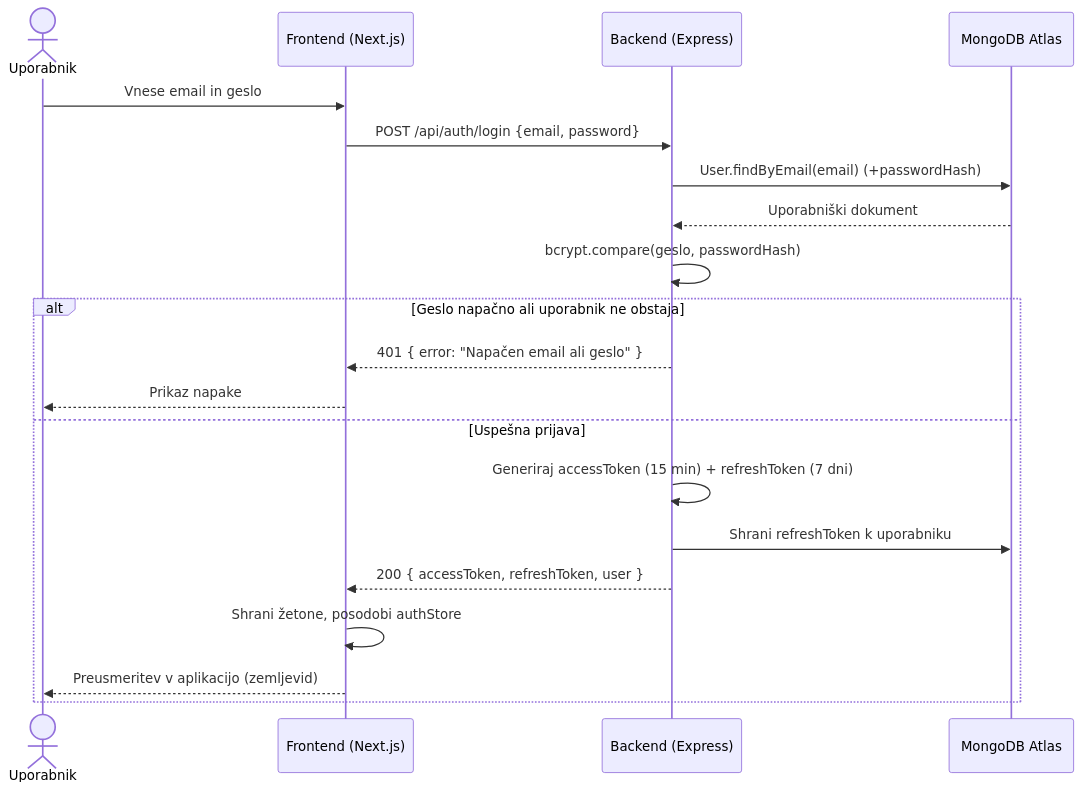
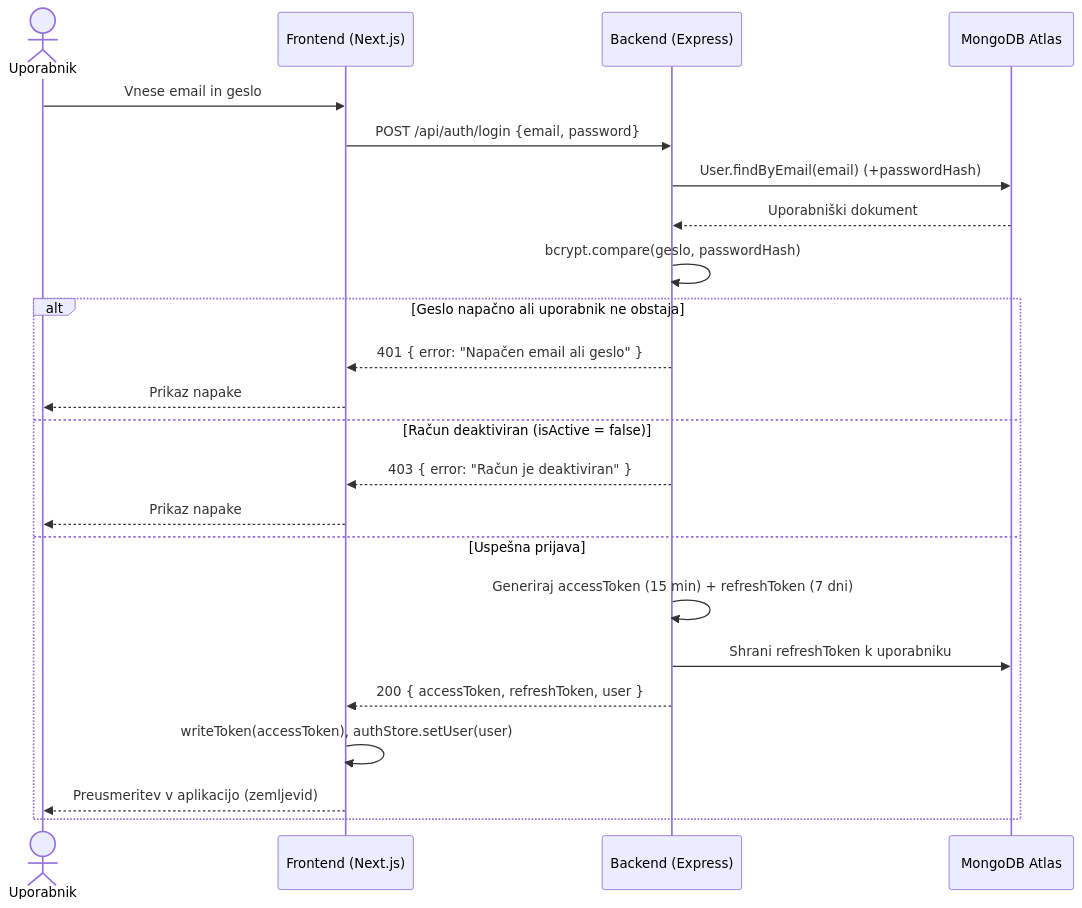
The second of 11 diagrams in DOKUMENTACIJA.md (DropInSlovenia/dokumentacija), drawn with Mermaid before and after one commit. The commit also changed other lines of this file, not shown here.

````diff
--- a/DOKUMENTACIJA.md
+++ b/DOKUMENTACIJA.md
@@ -182,23 +195,26 @@
 ```mermaid
 sequenceDiagram
     actor U as Uporabnik
     participant FE as Frontend (Next.js)
     participant BE as Backend (Express)
     participant DB as MongoDB Atlas
 
     U->>FE: Vnese email in geslo
     FE->>BE: POST /api/auth/login {email, password}
     BE->>DB: User.findByEmail(email) (+passwordHash)
     DB-->>BE: Uporabniški dokument
     BE->>BE: bcrypt.compare(geslo, passwordHash)
     alt Geslo napačno ali uporabnik ne obstaja
         BE-->>FE: 401 { error: "Napačen email ali geslo" }
         FE-->>U: Prikaz napake
+    else Račun deaktiviran (isActive = false)
+        BE-->>FE: 403 { error: "Račun je deaktiviran" }
+        FE-->>U: Prikaz napake
     else Uspešna prijava
         BE->>BE: Generiraj accessToken (15 min) + refreshToken (7 dni)
         BE->>DB: Shrani refreshToken k uporabniku
         BE-->>FE: 200 { accessToken, refreshToken, user }
-        FE->>FE: Shrani žetone, posodobi authStore
+        FE->>FE: writeToken(accessToken), authStore.setUser(user)
         FE-->>U: Preusmeritev v aplikacijo (zemljevid)
     end
 ```
````
